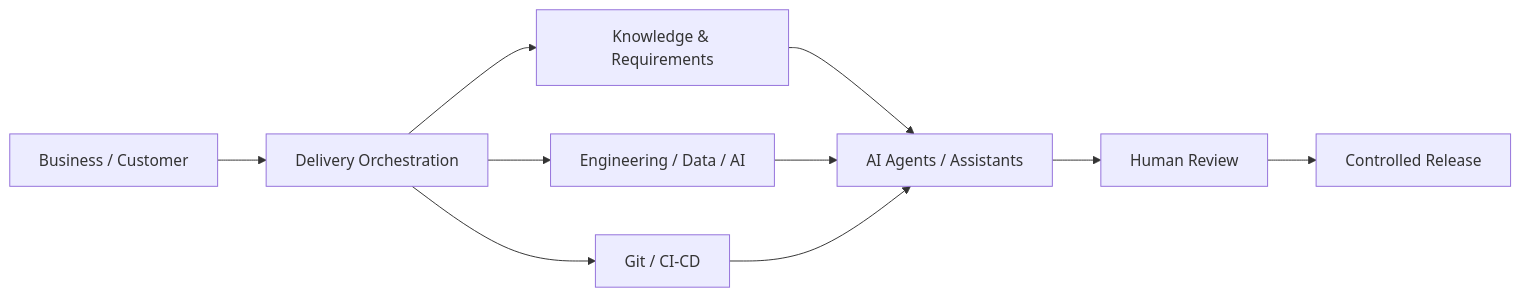
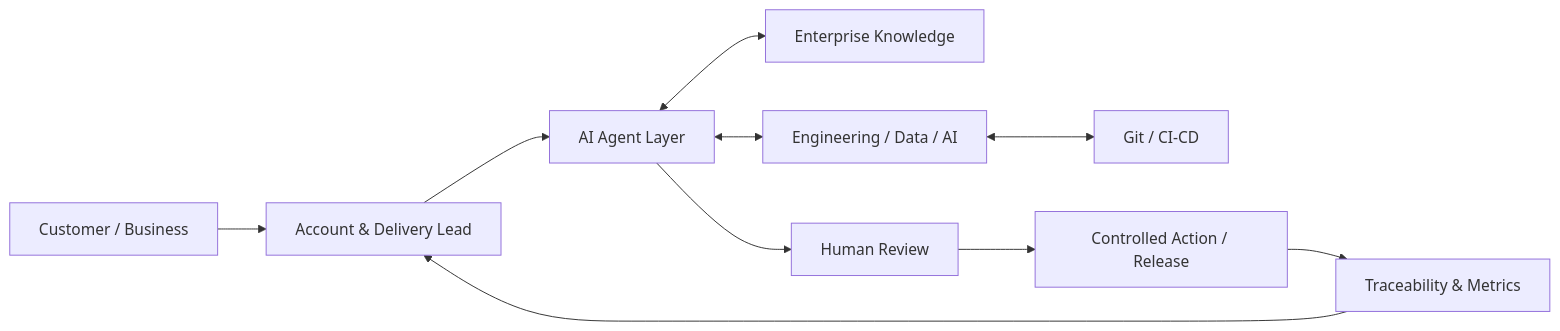
The fourth of 7 diagrams in README.md (psilva-git/enterprise-ai-delivery), drawn with Mermaid before and after one commit. The commit also changed other lines of this file, not shown here.

````diff
--- a/README.md
+++ b/README.md
@@ -96,12 +138,12 @@
 ```mermaid
 flowchart LR
-    BIZ[Business / Customer] --> PM[Delivery Orchestration]
-    PM --> KB[Knowledge & Requirements]
-    PM --> ENG[Engineering / Data / AI]
-    PM --> DEVOPS[Git / CI-CD]
-    KB --> AGENT[AI Agents / Assistants]
-    ENG --> AGENT
-    DEVOPS --> AGENT
+    CUSTOMER[Customer / Business] --> LEAD[Account & Delivery Lead]
+    LEAD --> AGENT[AI Agent Layer]
+    AGENT <--> KNOW[Enterprise Knowledge]
+    AGENT <--> ENG[Engineering / Data / AI]
+    ENG <--> GIT[Git / CI-CD]
     AGENT --> REVIEW[Human Review]
-    REVIEW --> RELEASE[Controlled Release]
+    REVIEW --> ACTION[Controlled Action / Release]
+    ACTION --> TRACE[Traceability & Metrics]
+    TRACE --> LEAD
 ```
````
